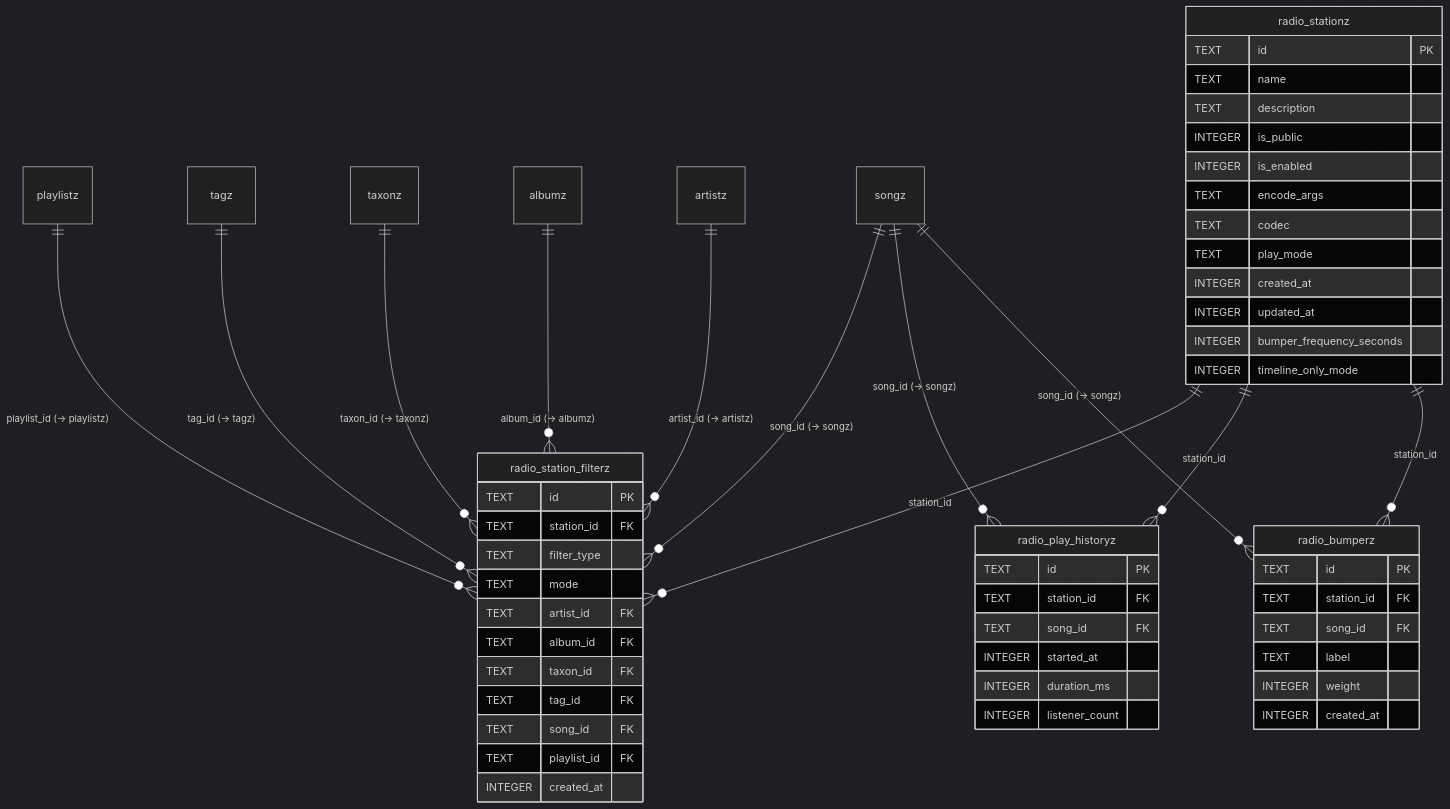
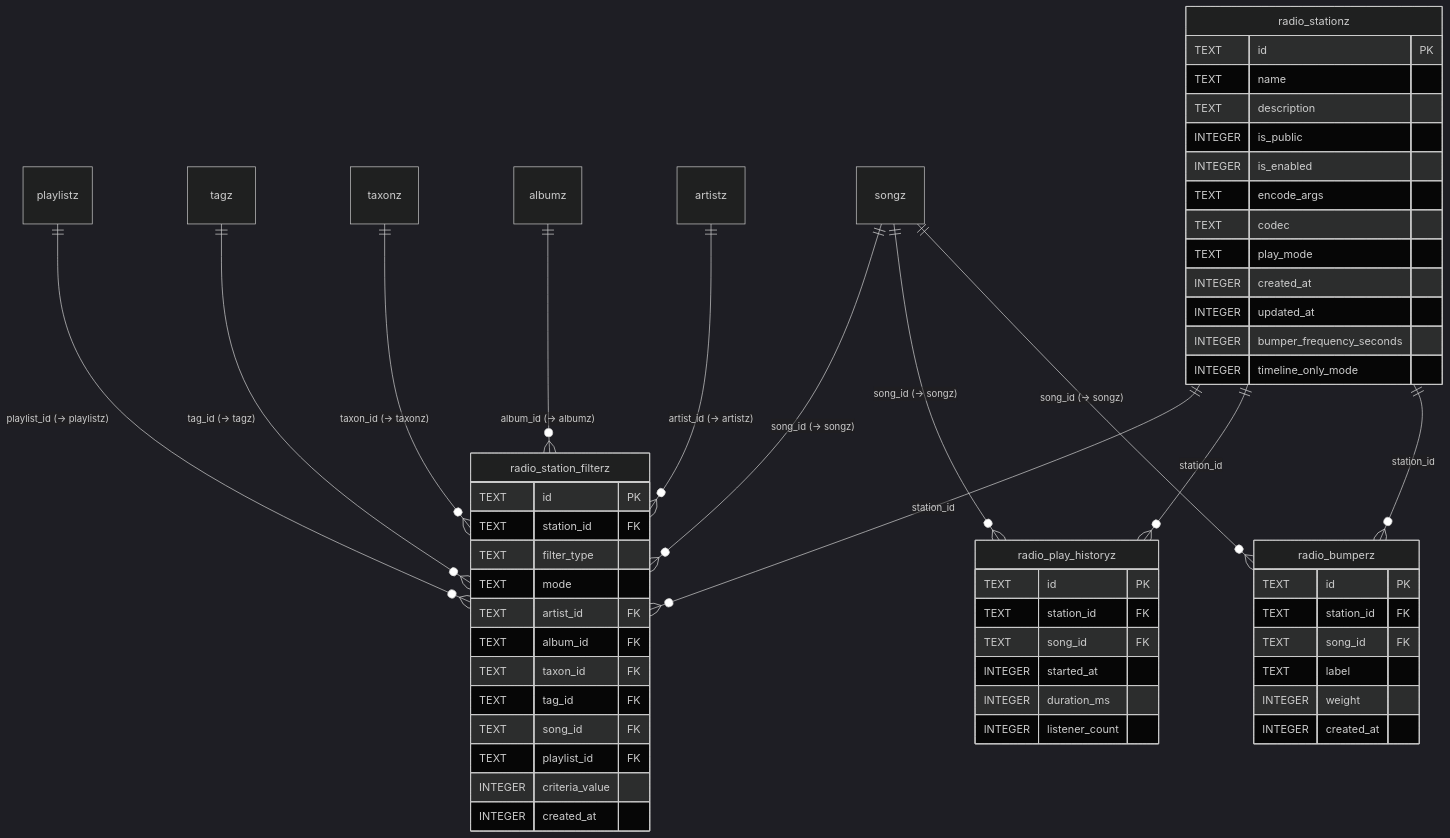
Before and after one commit to freqhole/tomb: the sixth of 22 diagrams in freqhole.net/src/content/docs/concepts/database.mdx, drawn with Mermaid (dark theme). The commit also changed other lines of this file and 22 other files, not shown here.

````diff
--- a/freqhole.net/src/content/docs/concepts/database.mdx
+++ b/freqhole.net/src/content/docs/concepts/database.mdx
@@ -369,57 +368,58 @@
 ```mermaid
 erDiagram
   radio_stationz {
     TEXT id PK
     TEXT name
     TEXT description
     INTEGER is_public
     INTEGER is_enabled
     TEXT encode_args
     TEXT codec
     TEXT play_mode
     INTEGER created_at
     INTEGER updated_at
     INTEGER bumper_frequency_seconds
     INTEGER timeline_only_mode
   }
   radio_station_filterz {
     TEXT id PK
     TEXT station_id FK
     TEXT filter_type
     TEXT mode
     TEXT artist_id FK
     TEXT album_id FK
     TEXT taxon_id FK
     TEXT tag_id FK
     TEXT song_id FK
     TEXT playlist_id FK
+    INTEGER criteria_value
     INTEGER created_at
   }
   radio_play_historyz {
     TEXT id PK
     TEXT station_id FK
     TEXT song_id FK
     INTEGER started_at
     INTEGER duration_ms
     INTEGER listener_count
   }
   radio_bumperz {
     TEXT id PK
     TEXT station_id FK
     TEXT song_id FK
     TEXT label
     INTEGER weight
     INTEGER created_at
   }
   playlistz ||--o{ radio_station_filterz : "playlist_id (-> playlistz)"
   songz ||--o{ radio_station_filterz : "song_id (-> songz)"
   tagz ||--o{ radio_station_filterz : "tag_id (-> tagz)"
   taxonz ||--o{ radio_station_filterz : "taxon_id (-> taxonz)"
   albumz ||--o{ radio_station_filterz : "album_id (-> albumz)"
   artistz ||--o{ radio_station_filterz : "artist_id (-> artistz)"
   radio_stationz ||--o{ radio_station_filterz : "station_id"
   songz ||--o{ radio_play_historyz : "song_id (-> songz)"
   radio_stationz ||--o{ radio_play_historyz : "station_id"
   songz ||--o{ radio_bumperz : "song_id (-> songz)"
   radio_stationz ||--o{ radio_bumperz : "station_id"
 ```
````
